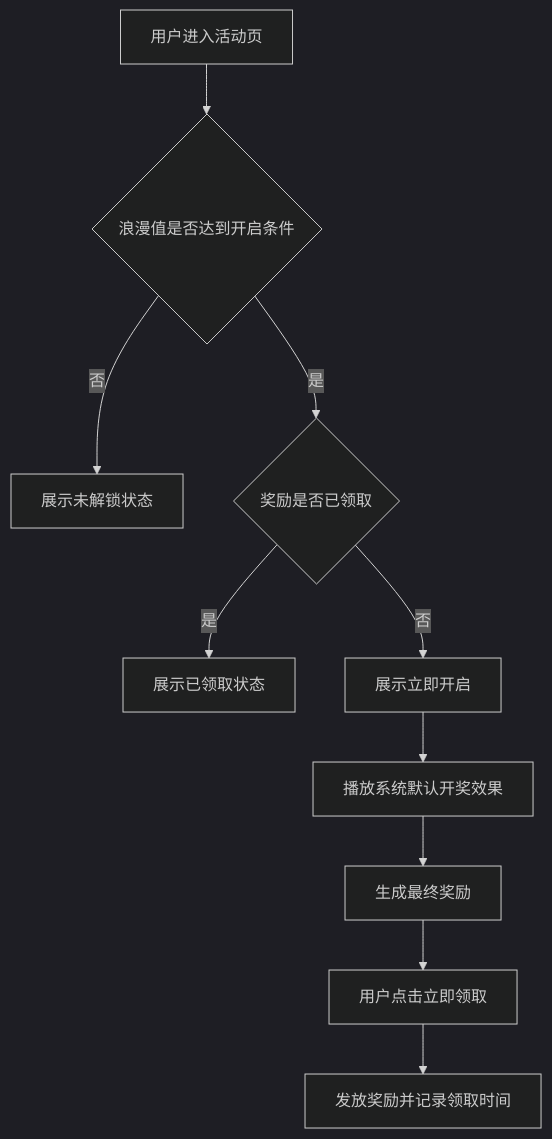
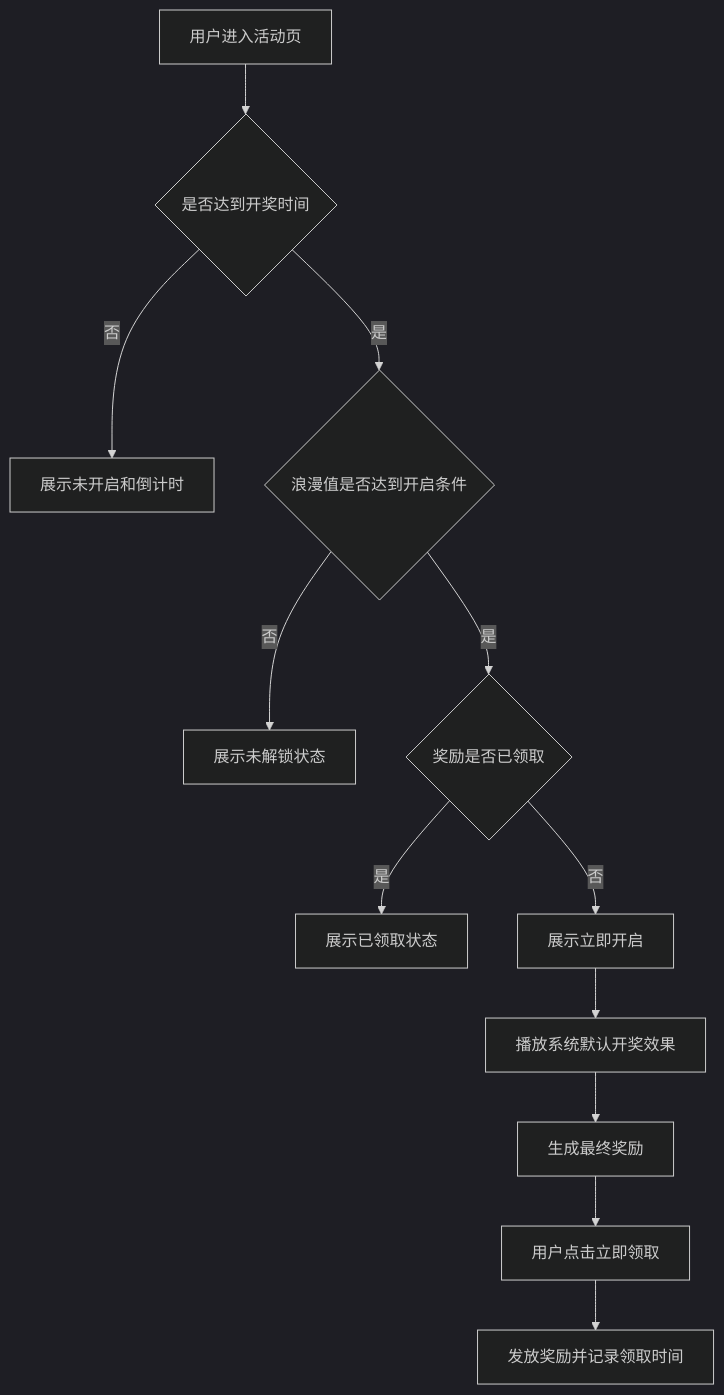
The fourth of 5 diagrams in PRD_qixi_galaxy_box_activity_2026-07-31.md (bala-luoluo/M3), drawn with Mermaid (dark theme) before and after one commit. The commit also changed other lines of this file and 1 other file, not shown here.

````diff
--- a/PRD_qixi_galaxy_box_activity_2026-07-31.md
+++ b/PRD_qixi_galaxy_box_activity_2026-07-31.md
@@ -201,12 +212,14 @@
 ```mermaid
 flowchart TD
-    A[用户进入活动页] --> D{浪漫值是否达到开启条件}
+    A[用户进入活动页] --> B{是否达到开奖时间}
+    B -->|否| C[展示未开启和倒计时]
+    B -->|是| D{浪漫值是否达到开启条件}
     D -->|否| E[展示未解锁状态]
     D -->|是| F{奖励是否已领取}
     F -->|是| G[展示已领取状态]
     F -->|否| H[展示立即开启]
     H --> I[播放系统默认开奖效果]
     I --> L[生成最终奖励]
     L --> M[用户点击立即领取]
     M --> P[发放奖励并记录领取时间]
 ```
````
